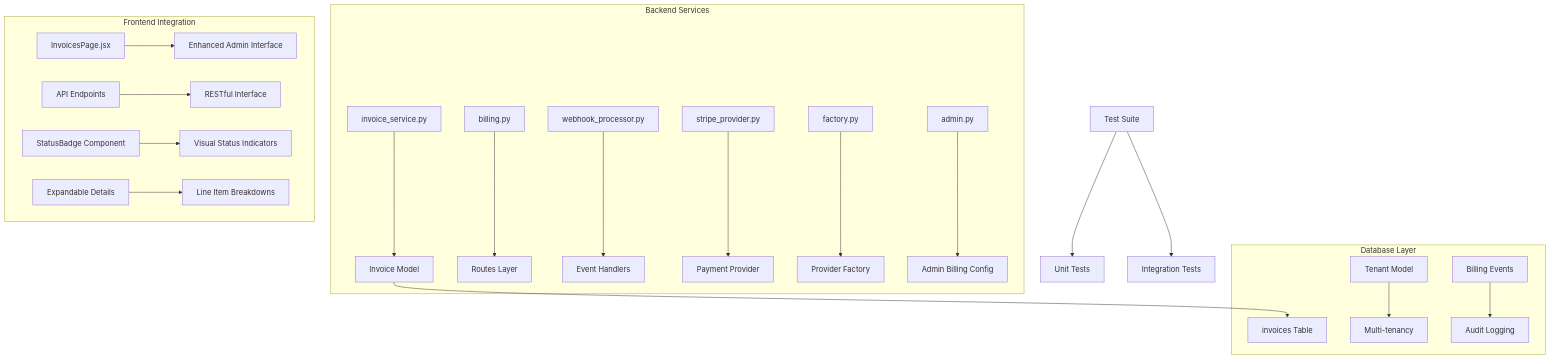
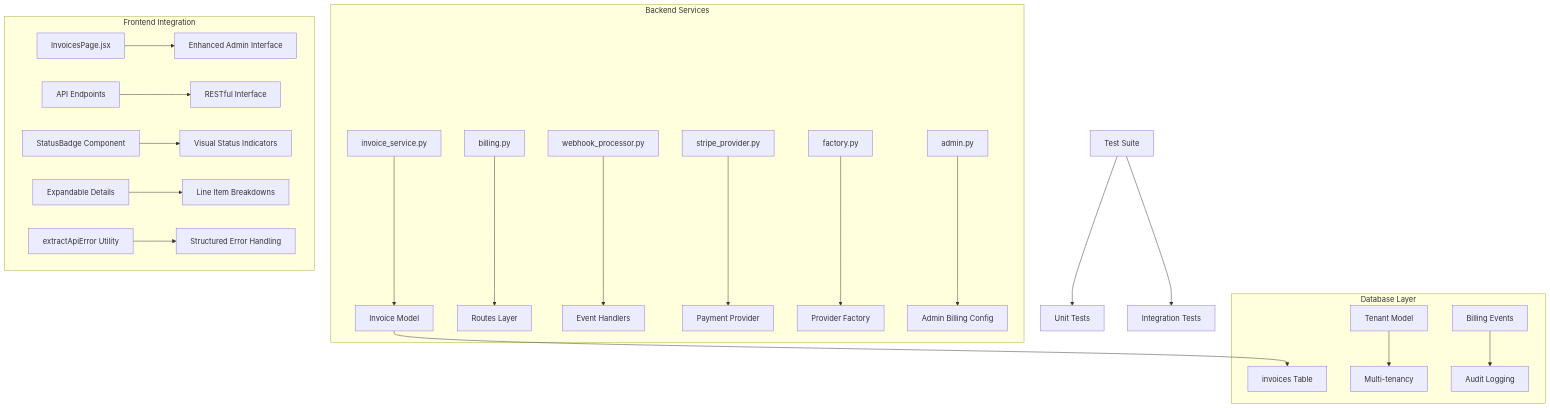
Before and after one commit to Revanththetalogics/aireume: the first of 9 diagrams in .qoder/repowiki/en/content/Frontend Architecture/Invoice Management.md, drawn with Mermaid. The commit also changed other lines of this file and 9 other files, not shown here.

````diff
--- a/.qoder/repowiki/en/content/Frontend Architecture/Invoice Management.md
+++ b/.qoder/repowiki/en/content/Frontend Architecture/Invoice Management.md
@@ -52,24 +52,25 @@
 ```mermaid
 graph TB
 subgraph "Backend Services"
 A[invoice_service.py] --> B[Invoice Model]
 C[billing.py] --> D[Routes Layer]
 E[webhook_processor.py] --> F[Event Handlers]
 G[stripe_provider.py] --> H[Payment Provider]
 I[factory.py] --> J[Provider Factory]
 K[admin.py] --> L[Admin Billing Config]
 end
 subgraph "Database Layer"
 B --> M[invoices Table]
 N[Tenant Model] --> O[Multi-tenancy]
 P[Billing Events] --> Q[Audit Logging]
 end
 subgraph "Frontend Integration"
 R[InvoicesPage.jsx] --> S[Enhanced Admin Interface]
 T[API Endpoints] --> U[RESTful Interface]
 V[StatusBadge Component] --> W[Visual Status Indicators]
 X[Expandable Details] --> Y[Line Item Breakdowns]
+Z[extractApiError Utility] --> AA[Structured Error Handling]
 end
-Z[Test Suite] --> AA[Unit Tests]
-Z --> AB[Integration Tests]
+BB[Test Suite] --> CC[Unit Tests]
+BB --> DD[Integration Tests]
 ```
````
